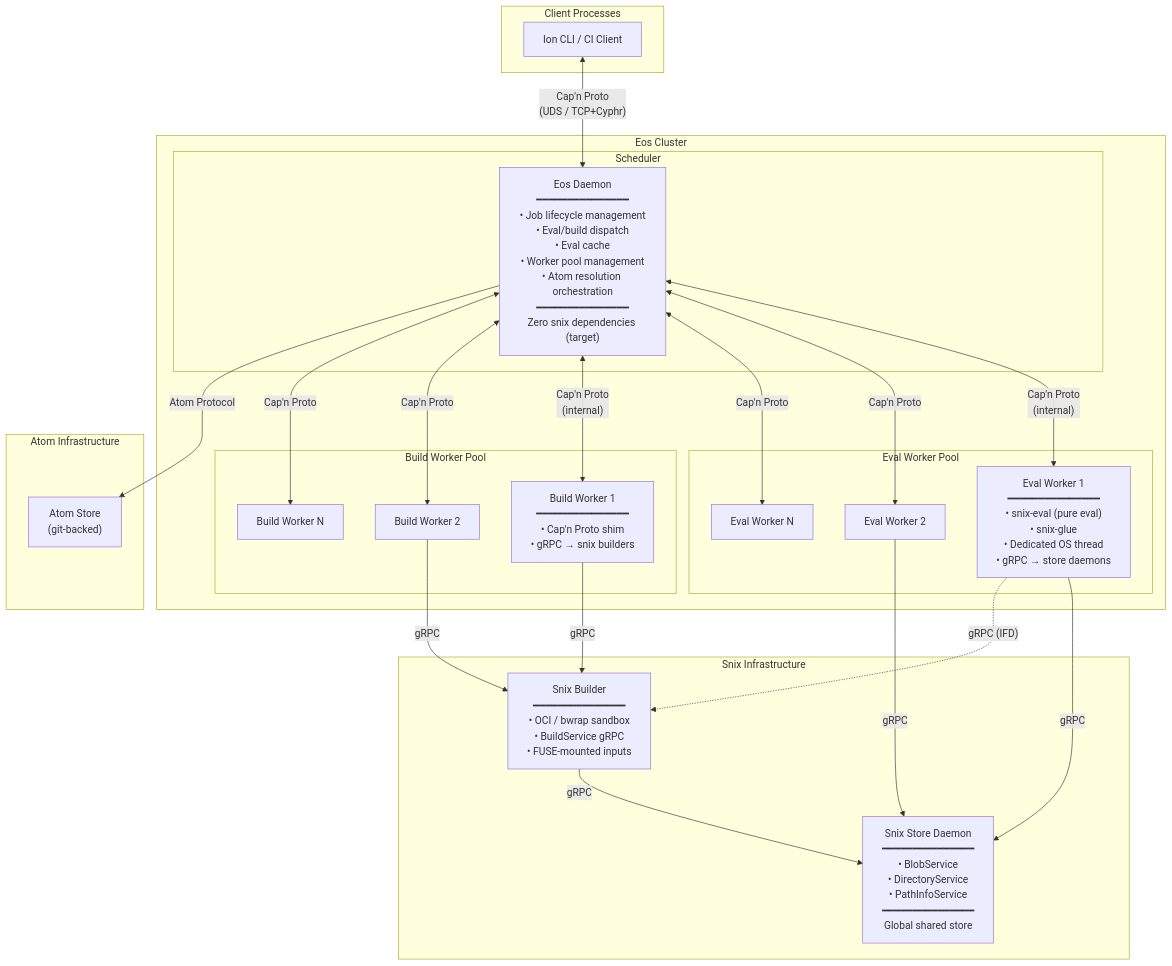
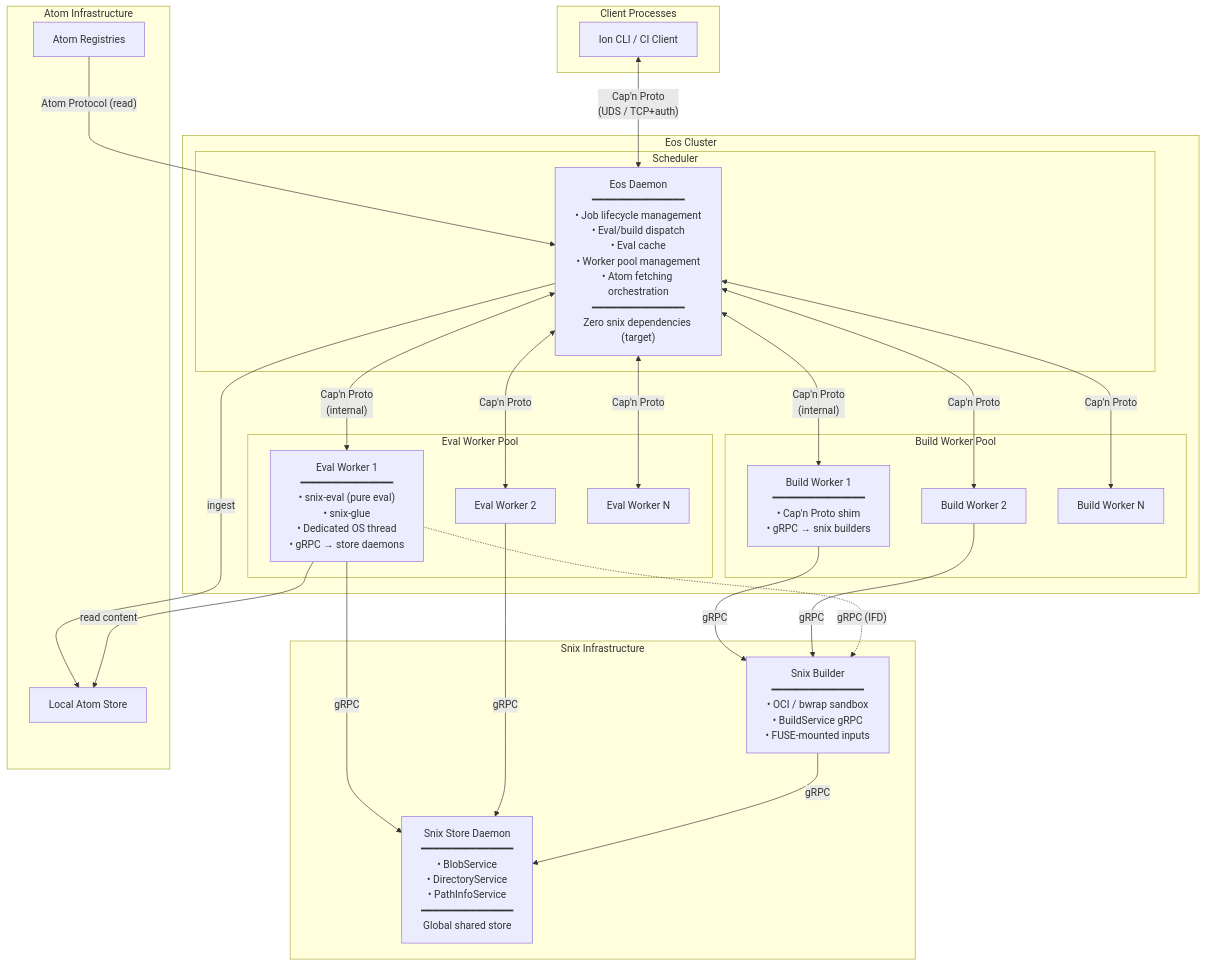
One commit to axiosoph/axios changed the second of 10 diagrams in docs/architecture/eos-sad.md. Above: the diagram before and after it, drawn with Mermaid. The commit also changed other lines of this file, not shown here.

First line of the commit message:
docs: revise eos-sad per review analysis

````diff
--- a/docs/architecture/eos-sad.md
+++ b/docs/architecture/eos-sad.md
@@ -126,48 +140,51 @@
 ```mermaid
 graph TB
     subgraph "Client Processes"
         ION["Ion CLI / CI Client"]
     end
 
     subgraph "Eos Cluster"
         subgraph "Scheduler"
-            DAEMON["Eos Daemon<br/>━━━━━━━━━━━━━━━<br/>• Job lifecycle management<br/>• Eval/build dispatch<br/>• Eval cache<br/>• Worker pool management<br/>• Atom resolution orchestration<br/>━━━━━━━━━━━━━━━<br/>Zero snix dependencies (target)"]
+            DAEMON["Eos Daemon<br/>━━━━━━━━━━━━━━━<br/>• Job lifecycle management<br/>• Eval/build dispatch<br/>• Eval cache<br/>• Worker pool management<br/>• Atom fetching orchestration<br/>━━━━━━━━━━━━━━━<br/>Zero snix dependencies (target)"]
         end
 
         subgraph "Eval Worker Pool"
             EW1["Eval Worker 1<br/>━━━━━━━━━━━━━━━<br/>• snix-eval (pure eval)<br/>• snix-glue<br/>• Dedicated OS thread<br/>• gRPC → store daemons"]
             EW2["Eval Worker 2"]
             EWN["Eval Worker N"]
         end
 
         subgraph "Build Worker Pool"
             BW1["Build Worker 1<br/>━━━━━━━━━━━━━━━<br/>• Cap'n Proto shim<br/>• gRPC → snix builders"]
             BW2["Build Worker 2"]
             BWN["Build Worker N"]
         end
     end
 
     subgraph "Snix Infrastructure"
         STORE["Snix Store Daemon<br/>━━━━━━━━━━━━━━━<br/>• BlobService<br/>• DirectoryService<br/>• PathInfoService<br/>━━━━━━━━━━━━━━━<br/>Global shared store"]
         BUILDER["Snix Builder<br/>━━━━━━━━━━━━━━━<br/>• OCI / bwrap sandbox<br/>• BuildService gRPC<br/>• FUSE-mounted inputs"]
     end
 
     subgraph "Atom Infrastructure"
-        ASTORE["Atom Store<br/>(git-backed)"]
+        ASTORE["Local Atom Store"]
+        AREG["Atom Registries"]
     end
 
-    ION <-->|"Cap'n Proto<br/>(UDS / TCP+Cyphr)"| DAEMON
+    ION <-->|"Cap'n Proto<br/>(UDS / TCP+auth)"| DAEMON
     DAEMON <-->|"Cap'n Proto<br/>(internal)"| EW1
     DAEMON <-->|"Cap'n Proto"| EW2
     DAEMON <-->|"Cap'n Proto"| EWN
     DAEMON <-->|"Cap'n Proto<br/>(internal)"| BW1
     DAEMON <-->|"Cap'n Proto"| BW2
     DAEMON <-->|"Cap'n Proto"| BWN
     EW1 -->|"gRPC"| STORE
     EW2 -->|"gRPC"| STORE
     BW1 -->|"gRPC"| BUILDER
     BW2 -->|"gRPC"| BUILDER
     BUILDER -->|"gRPC"| STORE
     EW1 -.->|"gRPC (IFD)"| BUILDER
-    DAEMON -->|"Atom Protocol"| ASTORE
+    AREG -->|"Atom Protocol (read)"| DAEMON
+    DAEMON -->|"ingest"| ASTORE
+    EW1 -->|"read content"| ASTORE
 ```
````
